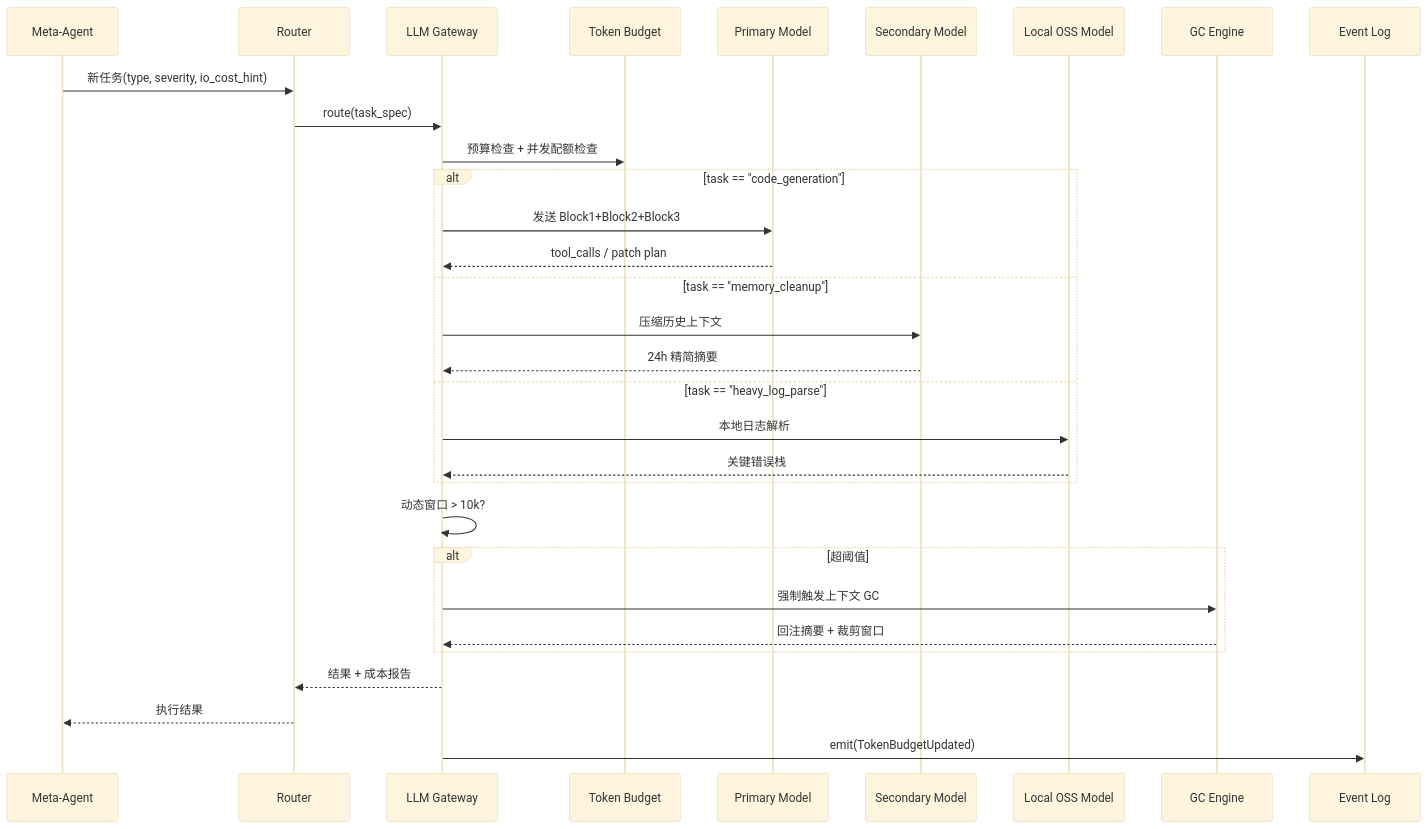
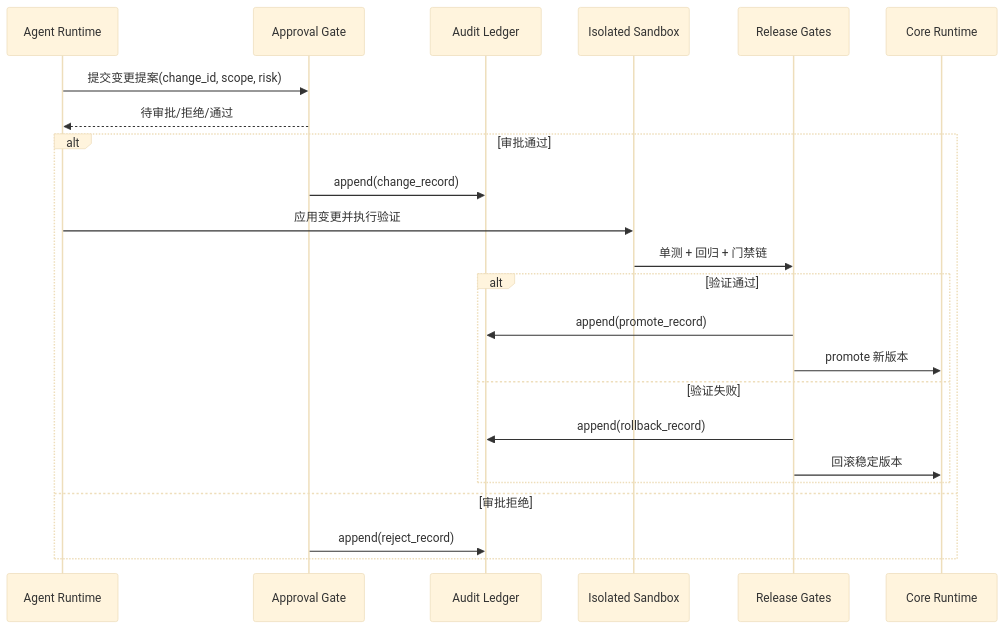
Before and after one commit to Yidhar/Embla_System: the second of 2 diagrams in doc/00-omni-operator-architecture.md, drawn with Mermaid (base theme). The commit also changed other lines of this file and 14 other files, not shown here.

Commit message:
docs: unify Embla_system naming across architecture docs

````diff
--- a/doc/00-omni-operator-architecture.md
+++ b/doc/00-omni-operator-architecture.md
@@ -504,37 +271,28 @@
 ```mermaid
 sequenceDiagram
-    participant META as Meta-Agent
-    participant ROUTER as Router
-    participant GW as LLM Gateway
-    participant BUDGET as Token Budget
-    participant PRIMARY as Primary Model
-    participant SECONDARY as Secondary Model
-    participant LOCAL as Local OSS Model
-    participant GC as GC Engine
-    participant EL as Event Log
+    participant Agent as Agent Runtime
+    participant Gate as Approval Gate
+    participant Ledger as Audit Ledger
+    participant Sand as Isolated Sandbox
+    participant CI as Release Gates
+    participant Core as Core Runtime
 
-    META->>ROUTER: 新任务(type, severity, io_cost_hint)
-    ROUTER->>GW: route(task_spec)
-    GW->>BUDGET: 预算检查 + 并发配额检查
+    Agent->>Gate: 提交变更提案(change_id, scope, risk)
+    Gate-->>Agent: 待审批/拒绝/通过
 
-    alt task == "code_generation"
-        GW->>PRIMARY: 发送 Block1+Block2+Block3
-        PRIMARY-->>GW: tool_calls / patch plan
-    else task == "memory_cleanup"
-        GW->>SECONDARY: 压缩历史上下文
-        SECONDARY-->>GW: 24h 精简摘要
-    else task == "heavy_log_parse"
-        GW->>LOCAL: 本地日志解析
-        LOCAL-->>GW: 关键错误栈
+    alt 审批通过
+        Gate->>Ledger: append(change_record)
+        Agent->>Sand: 应用变更并执行验证
+        Sand->>CI: 单测 + 回归 + 门禁链
+
+        alt 验证通过
+            CI->>Ledger: append(promote_record)
+            CI->>Core: promote 新版本
+        else 验证失败
+            CI->>Ledger: append(rollback_record)
+            CI->>Core: 回滚稳定版本
+        end
+    else 审批拒绝
+        Gate->>Ledger: append(reject_record)
     end
-
-    GW->>GW: 动态窗口 > 10k?
-    alt 超阈值
-        GW->>GC: 强制触发上下文 GC
-        GC-->>GW: 回注摘要 + 裁剪窗口
-    end
-
-    GW-->>ROUTER: 结果 + 成本报告
-    ROUTER-->>META: 执行结果
-    GW->>EL: emit(TokenBudgetUpdated)
 ```
````
